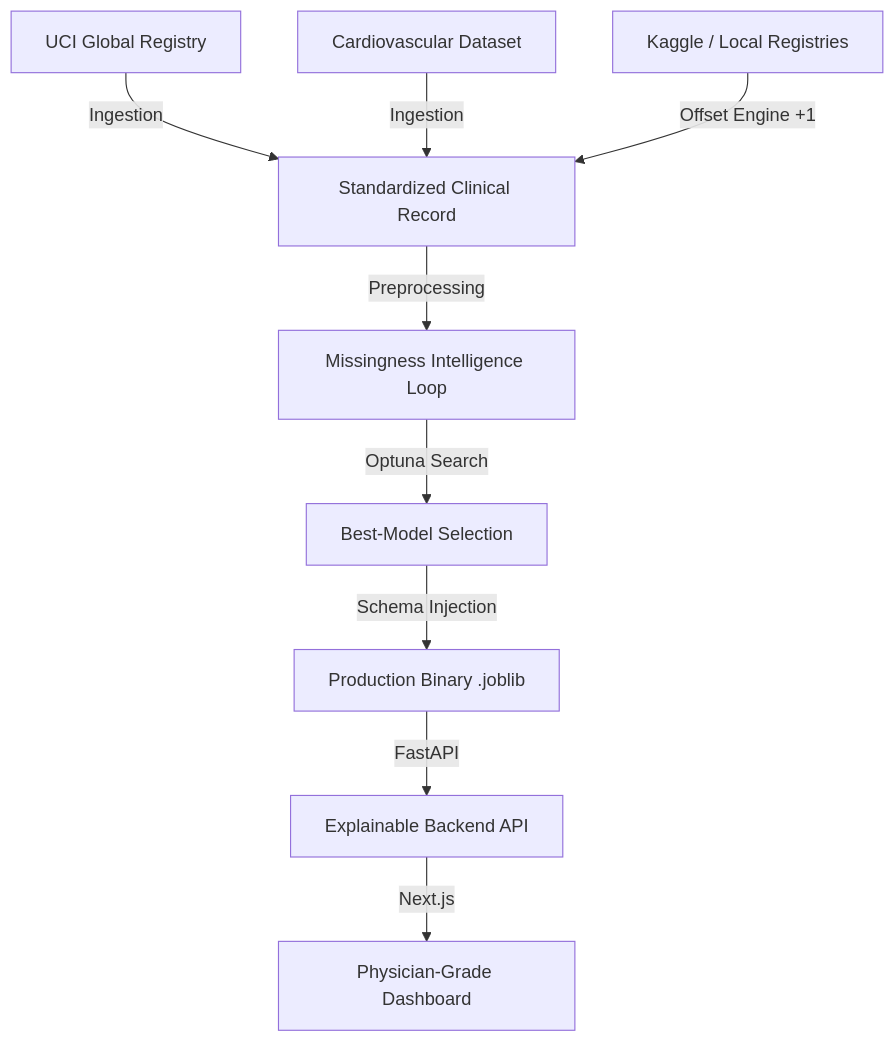
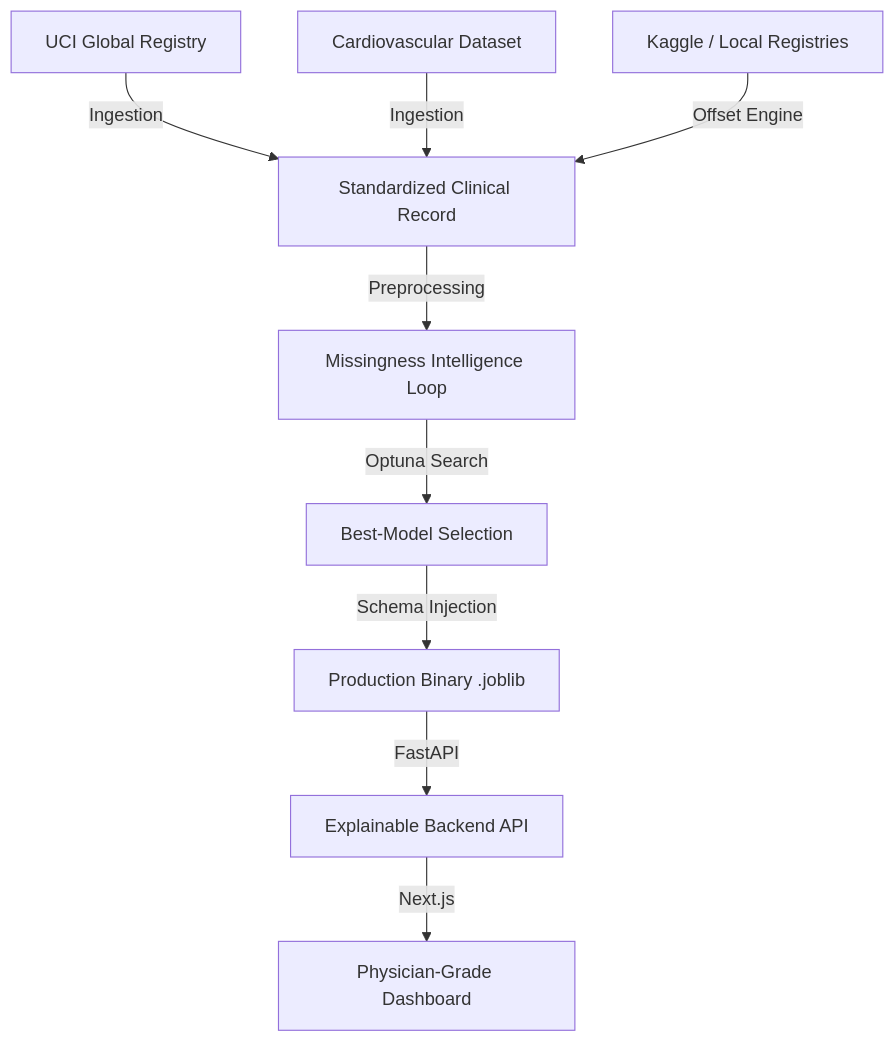
One commit to Ashutosh-Repos/Heart-Disease-Prediction changed the diagram in Readme.md. Above: the diagram before and after it, drawn with Mermaid. The commit also changed other lines of this file and 4 other files, not shown here.

````diff
--- a/Readme.md
+++ b/Readme.md
@@ -20,11 +18,11 @@
 ```mermaid
 graph TD
     A1[UCI Global Registry] -->|Ingestion| B[Standardized Clinical Record]
     A2[Cardiovascular Dataset] -->|Ingestion| B
-    A3[Kaggle / Local Registries] -->|Offset Engine +1| B
+    A3[Kaggle / Local Registries] -->|Offset Engine| B
     B -->|Preprocessing| C[Missingness Intelligence Loop]
-    C -->|Optuna Search| D[Best-Model Selection]
+    C -->|Optuna Search| D[Best‑Model Selection]
     D -->|Schema Injection| E[Production Binary .joblib]
     E -->|FastAPI| F[Explainable Backend API]
-    F -->|Next.js| G[Physician-Grade Dashboard]
+    F -->|Next.js| G[Physician‑Grade Dashboard]
 ```
````
